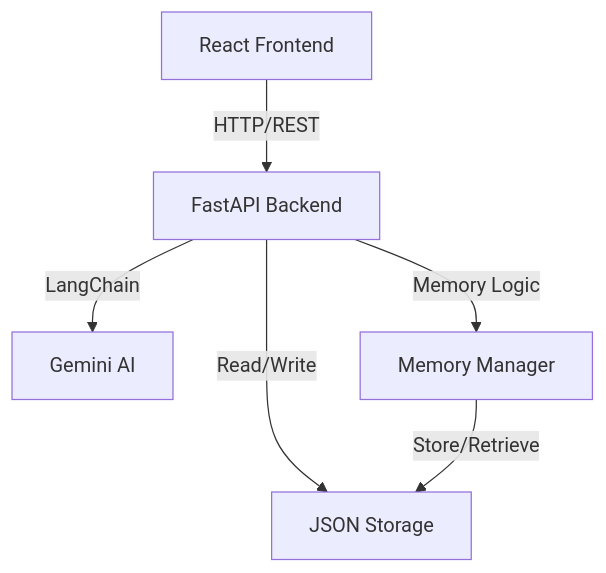
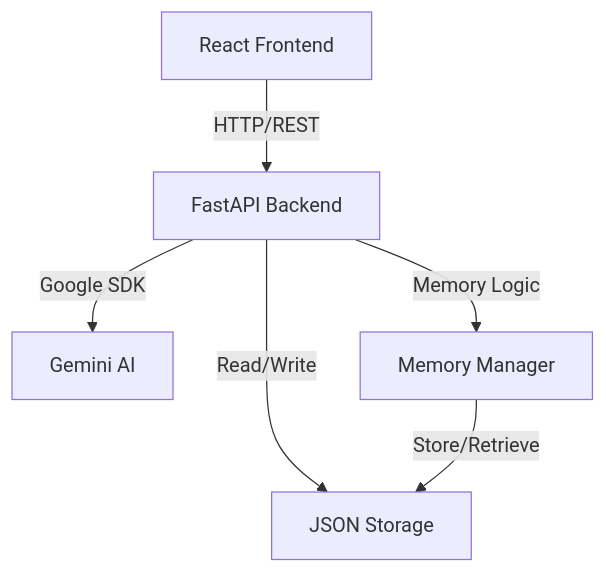
One commit to madhan-200/MemoraAI changed the diagram in README.md. Above: the diagram before and after it, drawn with Mermaid. The commit also changed other lines of this file, not shown here.

Commit message:
docs: Update README to reflect removal of LangChain

````diff
--- a/README.md
+++ b/README.md
@@ -17,8 +19,8 @@
 ```mermaid
 graph TB
     A[React Frontend] -->|HTTP/REST| B[FastAPI Backend]
-    B -->|LangChain| C[Gemini AI]
+    B -->|Google SDK| C[Gemini AI]
     B -->|Read/Write| D[JSON Storage]
     B -->|Memory Logic| F[Memory Manager]
     F -->|Store/Retrieve| D
 ```
````
